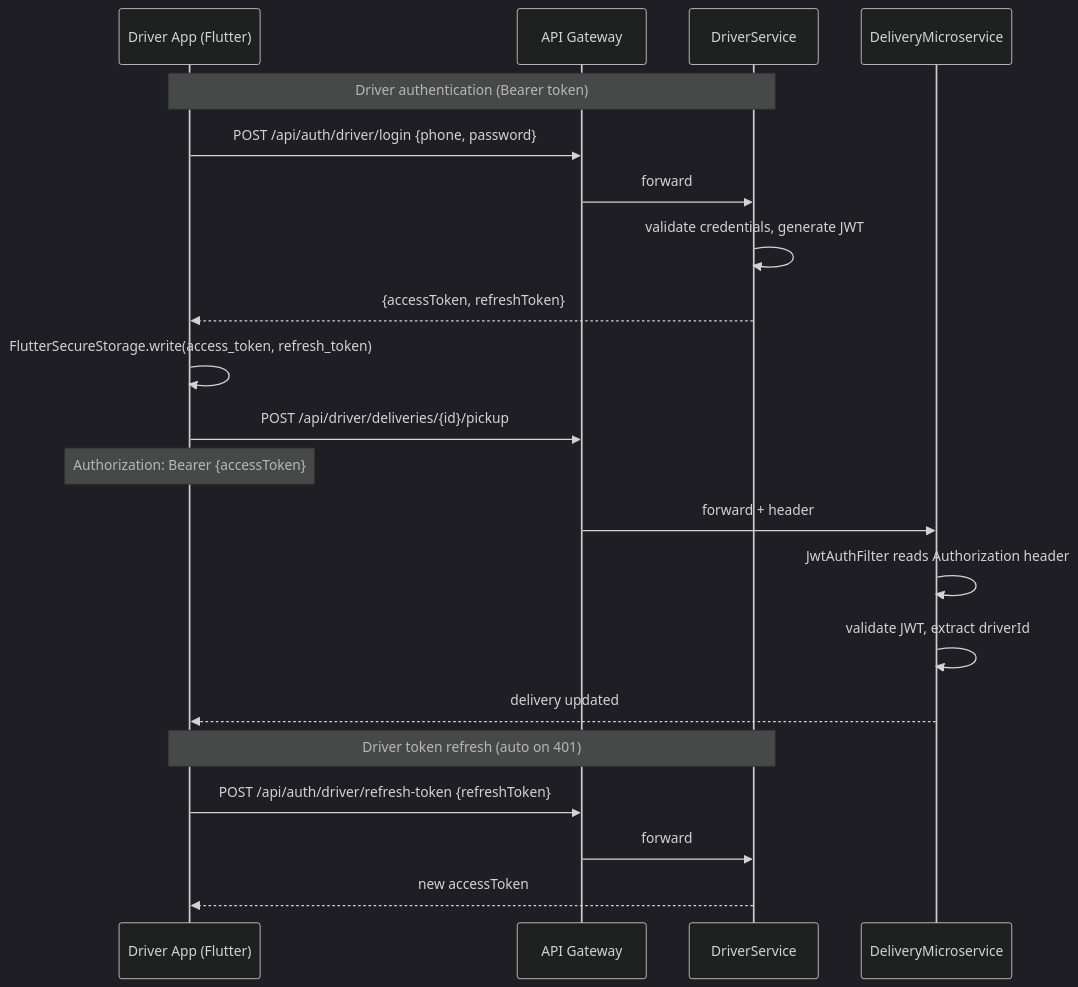
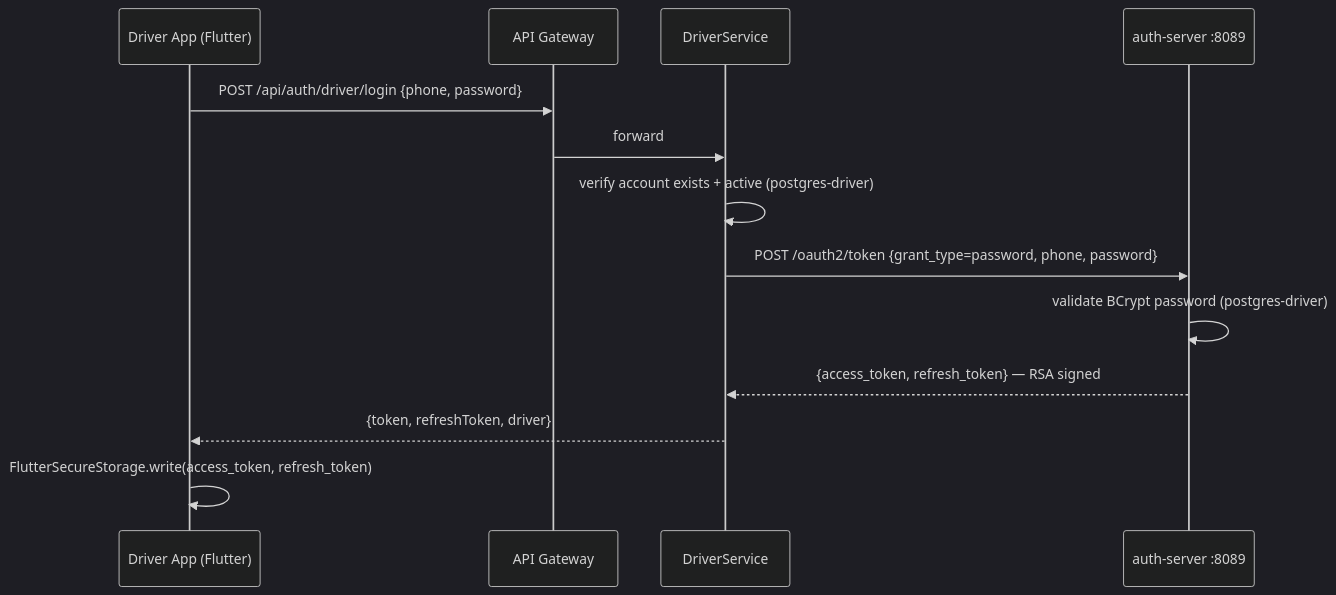
One commit to Moaziz667/asm-track changed the second of 3 diagrams in docs/07-security-model.md. Above: the diagram before and after it, drawn with Mermaid (dark theme). The commit also changed other lines of this file and 45 other files, not shown here.

Commit message:
auth-server

````diff
--- a/docs/07-security-model.md
+++ b/docs/07-security-model.md
@@ -35,26 +33,16 @@
 ```mermaid
 sequenceDiagram
     participant D as Driver App (Flutter)
     participant G as API Gateway
     participant DS as DriverService
-    participant DL as DeliveryMicroservice
+    participant AS as auth-server :8089
 
-    Note over D,DS: Driver authentication (Bearer token)
     D->>G: POST /api/auth/driver/login {phone, password}
     G->>DS: forward
-    DS->>DS: validate credentials, generate JWT
-    DS-->>D: {accessToken, refreshToken}
+    DS->>DS: verify account exists + active (postgres-driver)
+    DS->>AS: POST /oauth2/token {grant_type=password, phone, password}
+    AS->>AS: validate BCrypt password (postgres-driver)
+    AS-->>DS: {access_token, refresh_token} — RSA signed
+    DS-->>D: {token, refreshToken, driver}
     D->>D: FlutterSecureStorage.write(access_token, refresh_token)
-
-    D->>G: POST /api/driver/deliveries/{id}/pickup
-    Note over D: Authorization: Bearer {accessToken}
-    G->>DL: forward + header
-    DL->>DL: JwtAuthFilter reads Authorization header
-    DL->>DL: validate JWT, extract driverId
-    DL-->>D: delivery updated
-
-    Note over D,DS: Driver token refresh (auto on 401)
-    D->>G: POST /api/auth/driver/refresh-token {refreshToken}
-    G->>DS: forward
-    DS-->>D: new accessToken
 ```
````
